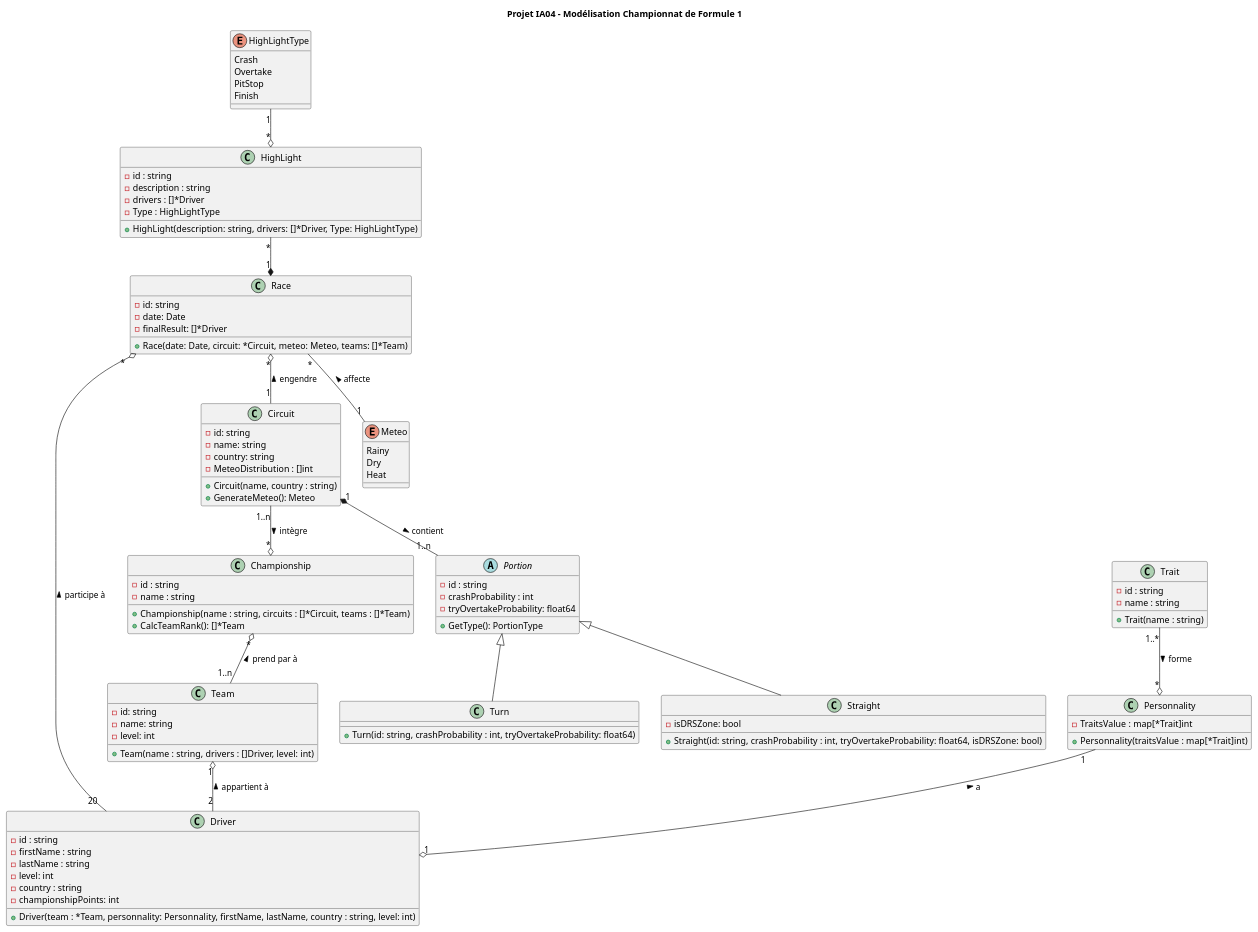
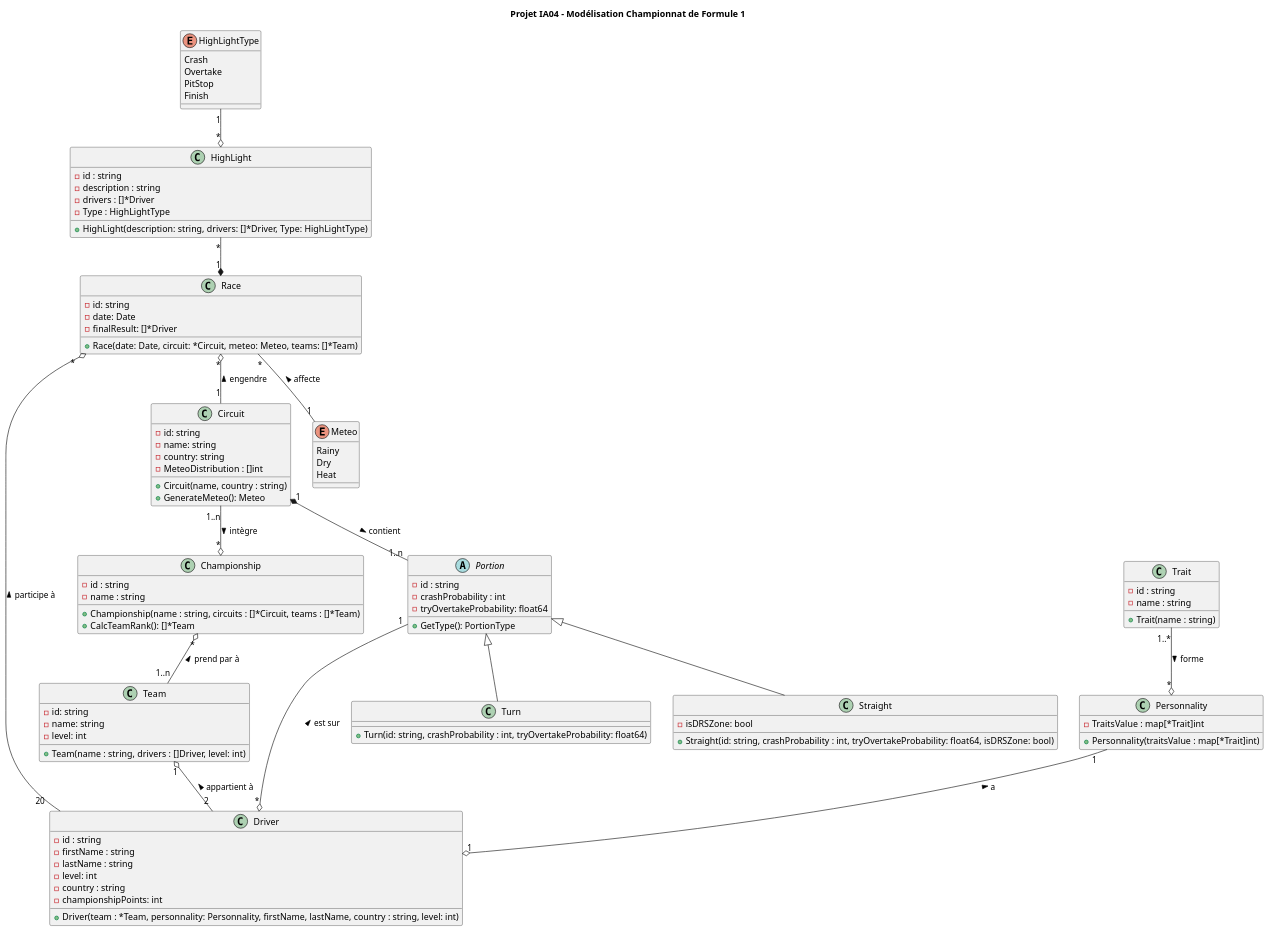
The diagram in projectUML.plantuml (DamienVaurs/formule-1-ia04), drawn with PlantUML before and after one commit. The commit also changed 4 other files, not shown here.

```diff
--- a/projectUML.plantuml
+++ b/projectUML.plantuml
@@ -1,124 +1,125 @@
 @startuml IA04 - Modélisation Championnat de Formule 1
 
 
 title Projet IA04 - Modélisation Championnat de Formule 1
 
 
 class Driver {
   - id : string
   - firstName : string
   - lastName : string
   - level: int
   - country : string
   - championshipPoints: int
 
   + Driver(team : *Team, personnality: Personnality, firstName, lastName, country : string, level: int)
   
   }
   
 class Team {
   - id: string
   - name: string
   - level: int
 
   + Team(name : string, drivers : []Driver, level: int)
 
 }
 
 class Circuit {
   - id: string
   - name: string
   - country: string
   - MeteoDistribution : []int
 
   + Circuit(name, country : string)
   + GenerateMeteo(): Meteo
 }
 
 class Championship{
   - id : string
   - name : string
 
   + Championship(name : string, circuits : []*Circuit, teams : []*Team)
   + CalcTeamRank(): []*Team
 }
 
 class HighLight{
   - id : string
   - description : string
   - drivers : []*Driver
   - Type : HighLightType
 
   + HighLight(description: string, drivers: []*Driver, Type: HighLightType)
 }
 
 enum HighLightType{
   Crash
   Overtake
   PitStop
   Finish
 }
 
 enum Meteo{
   Rainy
   Dry
   Heat
 }
 
 class Personnality{
   - TraitsValue : map[*Trait]int
 
   + Personnality(traitsValue : map[*Trait]int)
 }
 
 class Trait{
   - id : string
   - name : string
 
   + Trait(name : string)
 }
 
 abstract class Portion{
   - id : string
   - crashProbability : int
   - tryOvertakeProbability: float64
 
   + GetType(): PortionType
 }
 
 
 class Turn{
 
   + Turn(id: string, crashProbability : int, tryOvertakeProbability: float64)
 }
 
 class Straight{
   - isDRSZone: bool
 
   + Straight(id: string, crashProbability : int, tryOvertakeProbability: float64, isDRSZone: bool)
 }
 
 class Race{
   - id: string
   - date: Date 
   - finalResult: []*Driver
 
   + Race(date: Date, circuit: *Circuit, meteo: Meteo, teams: []*Team)
 }
 
 HighLightType "1" --o "*" HighLight
 HighLight "*" --* "1" Race
 Race "*" o-- "20" Driver : participe à <
 Race "*" o-- "1" Circuit : engendre <
 Race "*" -- "1" Meteo : affecte <
 Circuit "1..n" --o "*" Championship : intègre >
 Circuit "1" *-- "1..n" Portion : contient >
 Portion  <|--  Turn
 Portion  <|--  Straight
+Portion "1" --o "*" Driver : est sur <
 Championship "*" o-- "1..n" Team : prend par à <
 Team "1" o-- "2" Driver : appartient à <
 Personnality "1" --o "1" Driver : a <
 Trait "1..*" --o "*" Personnality : forme >
 
 
 @enduml
```
